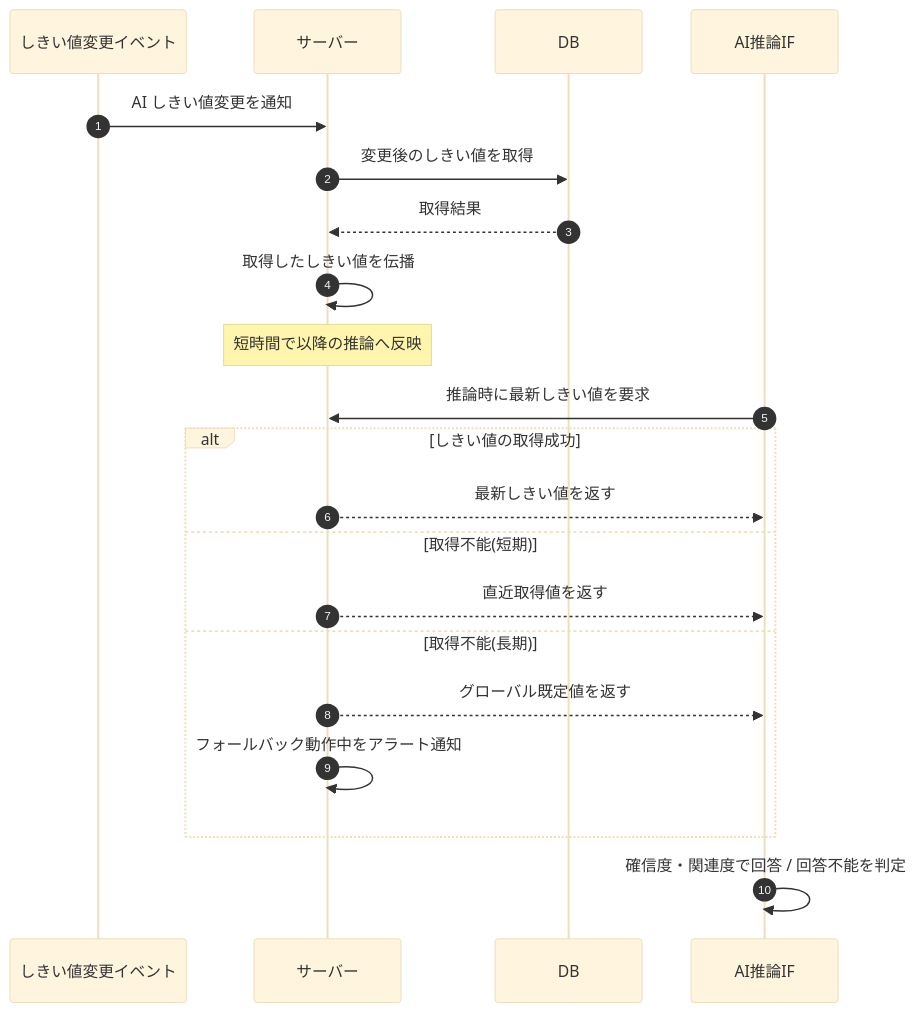
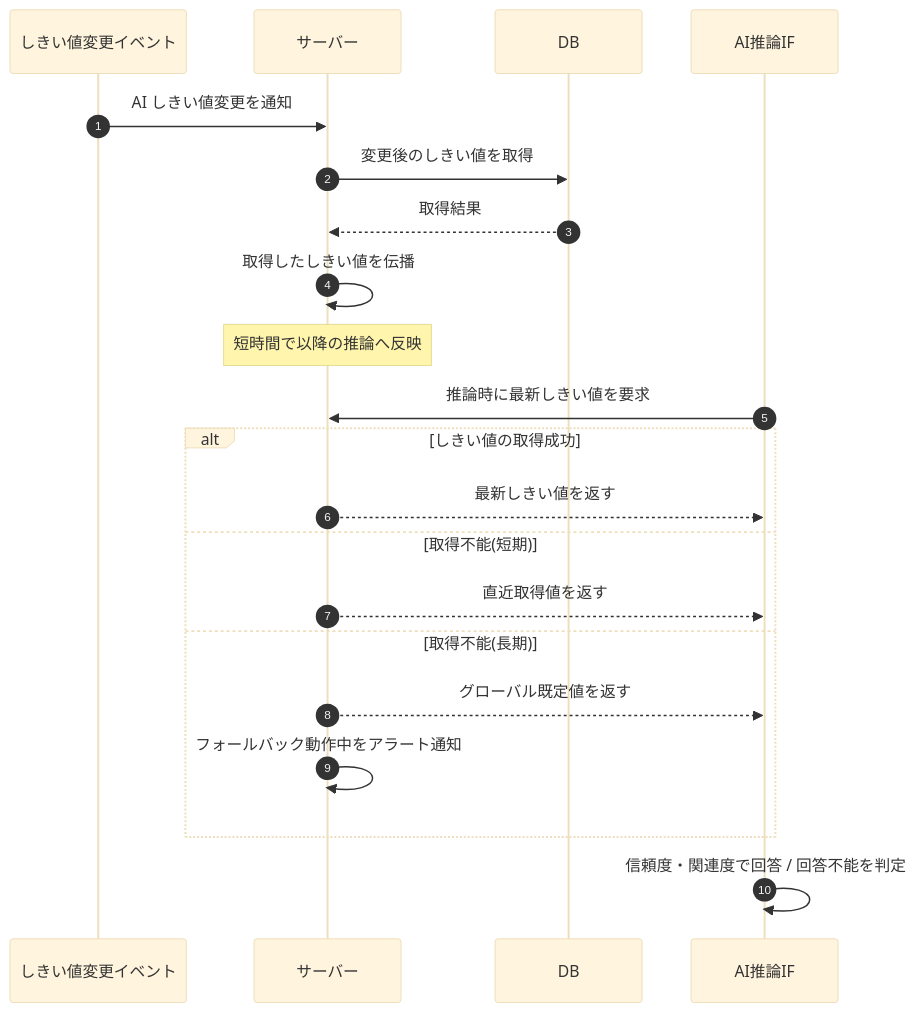
The diagram in 02_basic_design/03_sequences/SEQ-102.md (sikakou54/open-faq), drawn with Mermaid (base theme) before and after one commit. The commit also changed 14 other files, not shown here.

First line of the commit message:
設計値の正本参照化と用語統一の仕上げ(確信度→信頼度・50件/30dの正本化・UCタイトル同期)

````diff
--- a/02_basic_design/03_sequences/SEQ-102.md
+++ b/02_basic_design/03_sequences/SEQ-102.md
@@ -15,23 +15,23 @@
 ```mermaid
 sequenceDiagram
   autonumber
   participant E as しきい値変更イベント
   participant Server as サーバー
   participant DB as DB
   participant AI as AI推論IF
   E->>Server: AI しきい値変更を通知
   Server->>DB: 変更後のしきい値を取得
   DB-->>Server: 取得結果
   Server->>Server: 取得したしきい値を伝播
   Note over Server: 短時間で以降の推論へ反映
   AI->>Server: 推論時に最新しきい値を要求
   alt しきい値の取得成功
     Server-->>AI: 最新しきい値を返す
   else 取得不能(短期)
     Server-->>AI: 直近取得値を返す
   else 取得不能(長期)
     Server-->>AI: グローバル既定値を返す
     Server->>Server: フォールバック動作中をアラート通知
   end
-  AI->>AI: 確信度・関連度で回答 / 回答不能を判定
+  AI->>AI: 信頼度・関連度で回答 / 回答不能を判定
 ```
````
